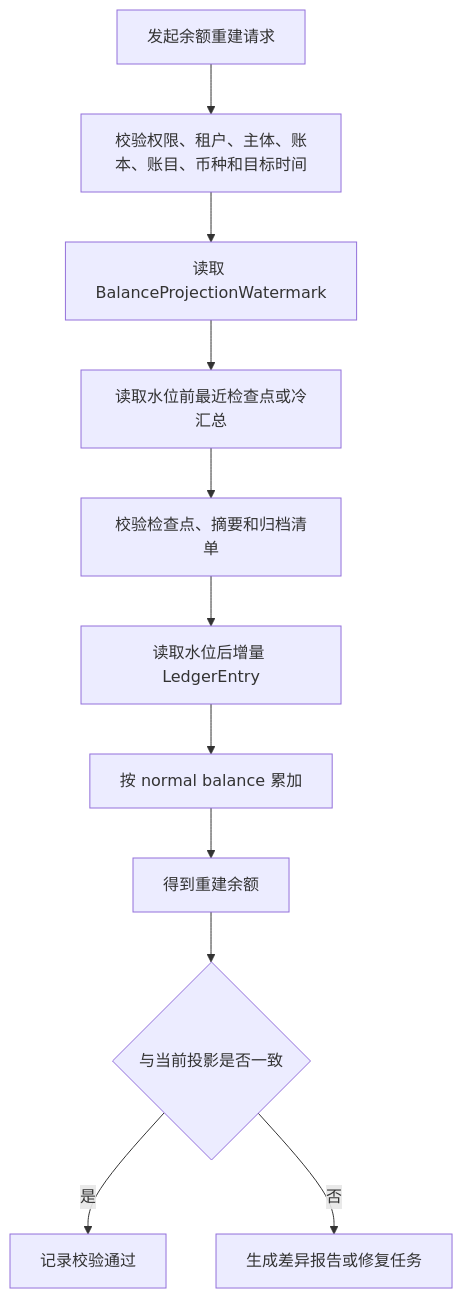
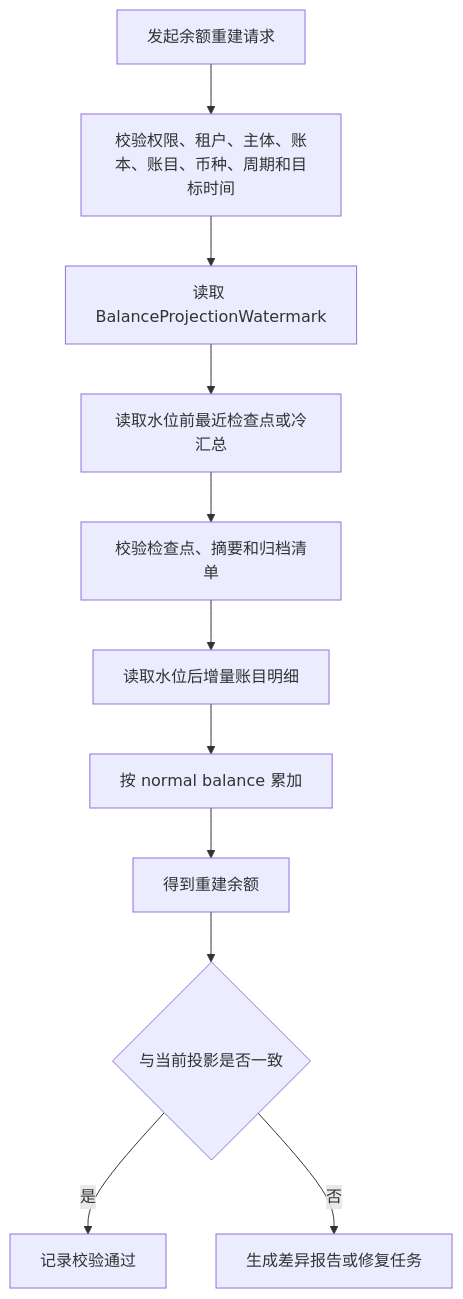
One commit to fengwuxp/wind-funds changed the fourth of 5 diagrams in docs/产品设计/04-归档重放与指标治理.md. Above: the diagram before and after it, drawn with Mermaid. The commit also changed other lines of this file and 16 other files, not shown here.

````diff
--- a/docs/产品设计/04-归档重放与指标治理.md
+++ b/docs/产品设计/04-归档重放与指标治理.md
@@ -134,13 +256,13 @@
 ```mermaid
 flowchart TD
-    A["发起余额重建请求"] --> B["校验权限、租户、主体、账本、账目、币种和目标时间"]
+    A["发起余额重建请求"] --> B["校验权限、租户、主体、账本、账目、币种、周期和目标时间"]
     B --> C["读取 BalanceProjectionWatermark"]
     C --> D["读取水位前最近检查点或冷汇总"]
     D --> E["校验检查点、摘要和归档清单"]
-    E --> F["读取水位后增量 LedgerEntry"]
+    E --> F["读取水位后增量账目明细"]
     F --> G["按 normal balance 累加"]
     G --> H["得到重建余额"]
     H --> I{"与当前投影是否一致"}
     I -- "是" --> J["记录校验通过"]
     I -- "否" --> K["生成差异报告或修复任务"]
 ```
````
